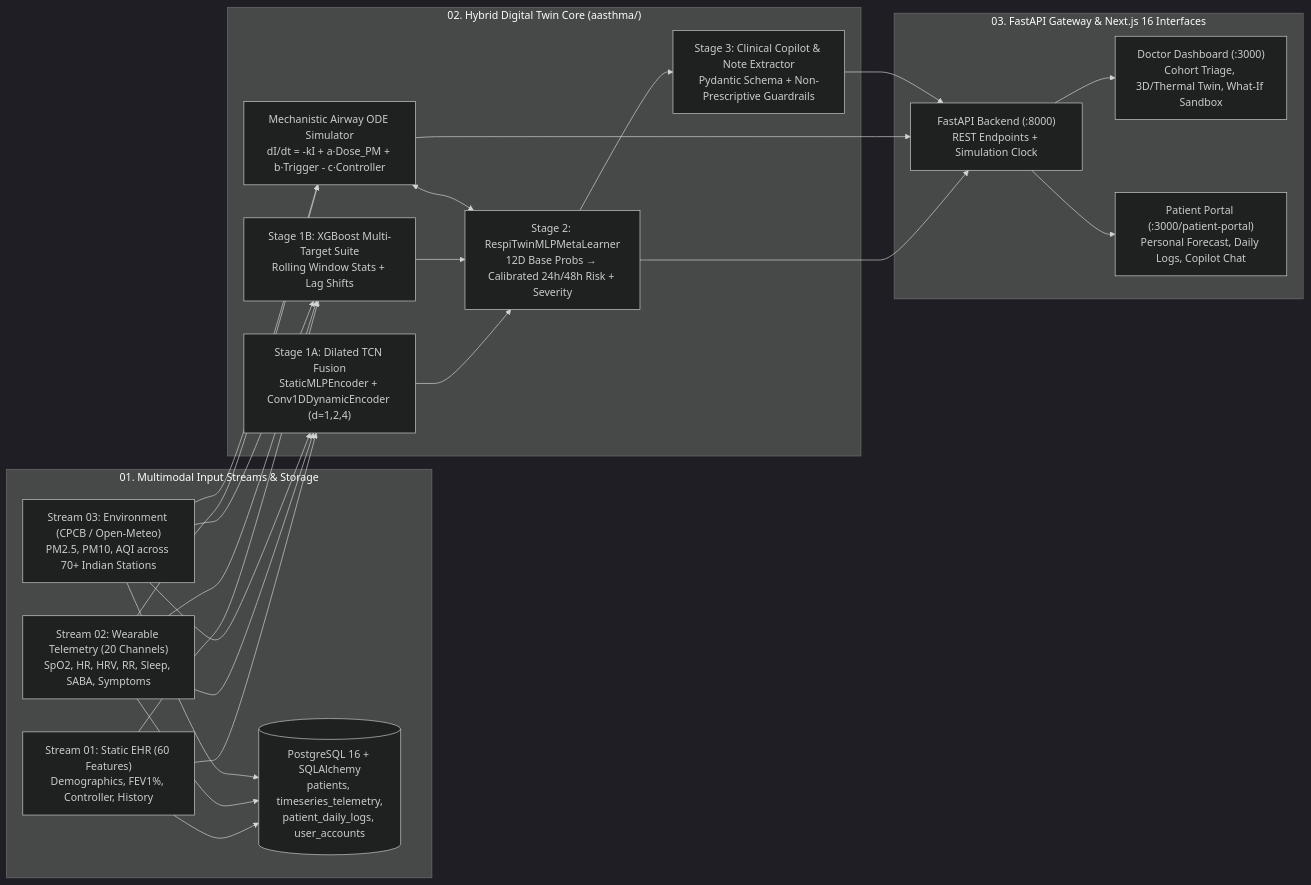
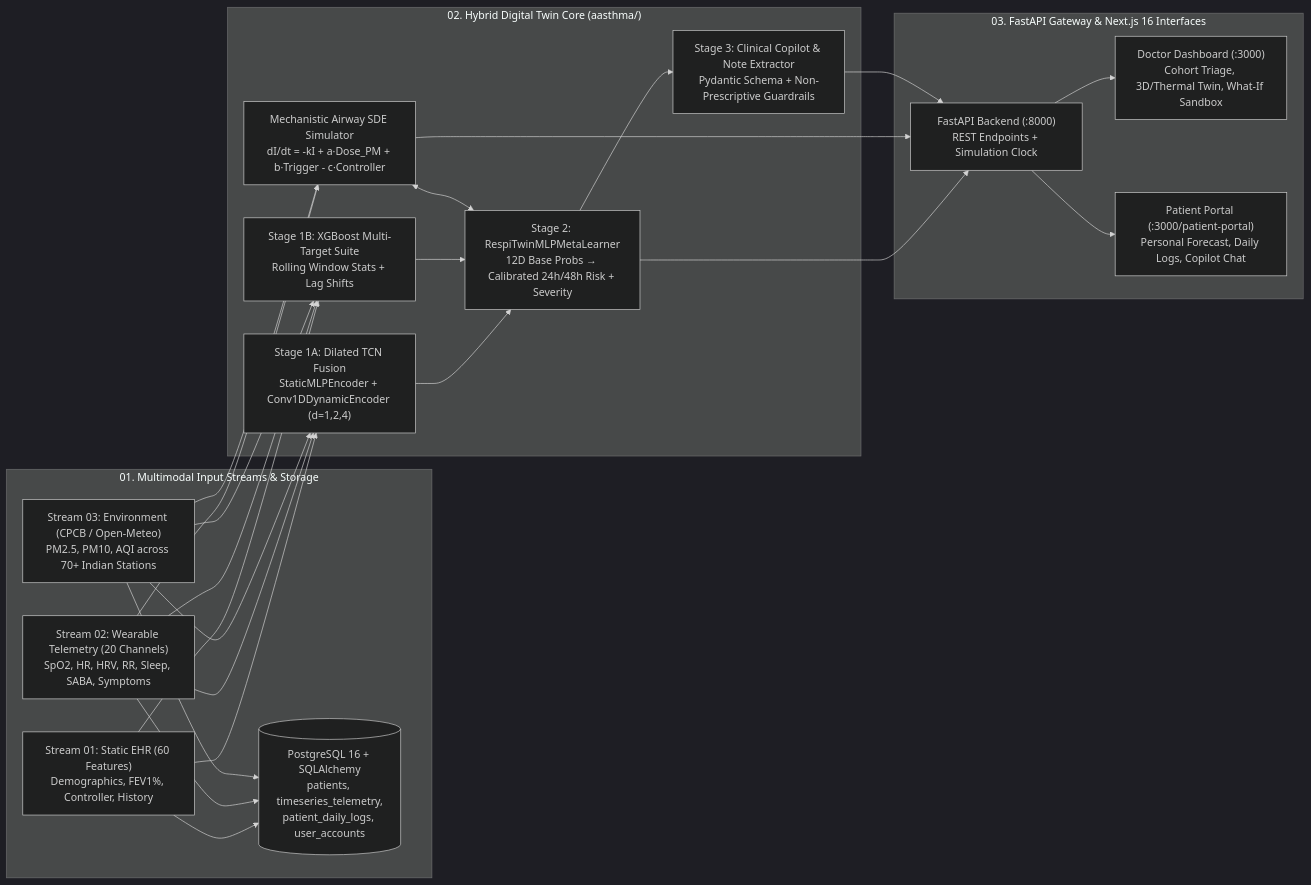
Before and after one commit to Frisbee148/BreatheTwin: the diagram in README.md, drawn with Mermaid (dark theme). The commit also changed other lines of this file and 77 other files, not shown here.

````diff
--- a/README.md
+++ b/README.md
@@ -303,32 +455,32 @@
 ```mermaid
 flowchart LR
     subgraph Streams["01. Multimodal Input Streams & Storage"]
         EHR["Stream 01: Static EHR (60 Features)<br/>Demographics, FEV1%, Controller, History"]
         WEAR["Stream 02: Wearable Telemetry (20 Channels)<br/>SpO2, HR, HRV, RR, Sleep, SABA, Symptoms"]
         AQI["Stream 03: Environment (CPCB / Open-Meteo)<br/>PM2.5, PM10, AQI across 70+ Indian Stations"]
         PG[("PostgreSQL 16 + SQLAlchemy<br/>patients, timeseries_telemetry,<br/>patient_daily_logs, user_accounts")]
     end
 
     subgraph Core["02. Hybrid Digital Twin Core (aasthma/)"]
-        ODE["Mechanistic Airway ODE Simulator<br/>dI/dt = -kI + a·Dose_PM + b·Trigger - c·Controller"]
+        ODE["Mechanistic Airway SDE Simulator<br/>dI/dt = -kI + a·Dose_PM + b·Trigger - c·Controller"]
         TCN["Stage 1A: Dilated TCN Fusion<br/>StaticMLPEncoder + Conv1DDynamicEncoder (d=1,2,4)"]
         XGB["Stage 1B: XGBoost Multi-Target Suite<br/>Rolling Window Stats + Lag Shifts"]
         META["Stage 2: RespiTwinMLPMetaLearner<br/>12D Base Probs → Calibrated 24h/48h Risk + Severity"]
         LLM["Stage 3: Clinical Copilot & Note Extractor<br/>Pydantic Schema + Non-Prescriptive Guardrails"]
     end
 
     subgraph UI["03. FastAPI Gateway & Next.js 16 Interfaces"]
         API["FastAPI Backend (:8000)<br/>REST Endpoints + Simulation Clock"]
         DOC["Doctor Dashboard (:3000)<br/>Cohort Triage, 3D/Thermal Twin, What-If Sandbox"]
         PAT["Patient Portal (:3000/patient-portal)<br/>Personal Forecast, Daily Logs, Copilot Chat"]
     end
 
     EHR & WEAR & AQI --> PG
     EHR & WEAR & AQI --> TCN & XGB
     WEAR & AQI --> ODE
     TCN & XGB --> META
     ODE <--> META
     META --> LLM
     META & ODE & LLM --> API
     API --> DOC & PAT
 ```
````
